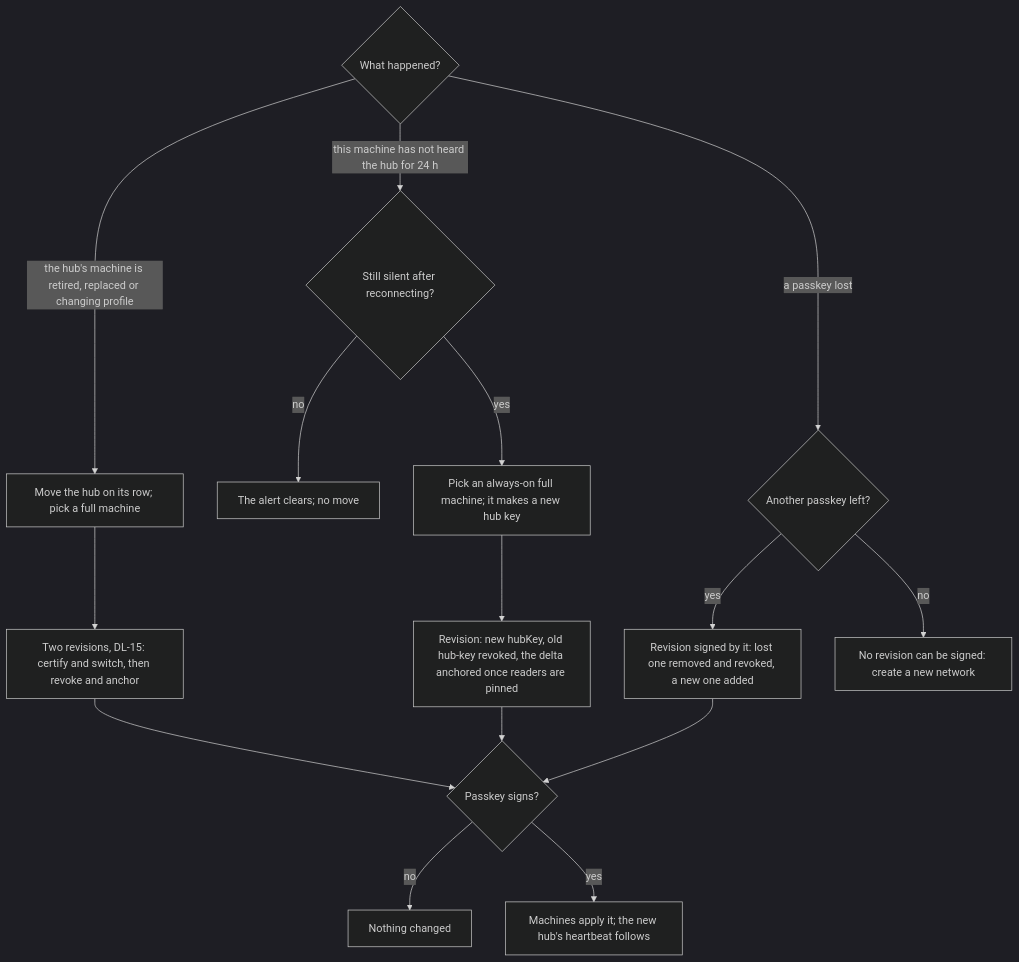
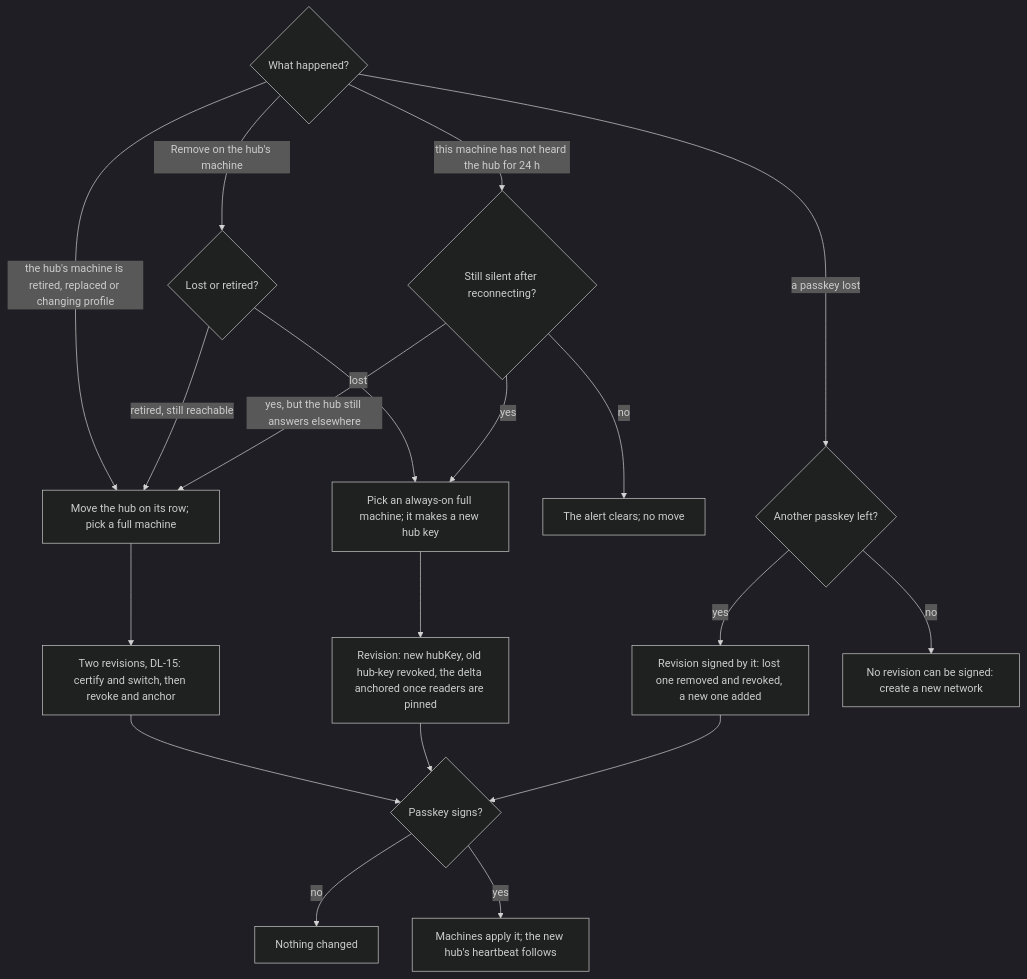
One commit to passioncode-ai/fabric-agent-contract changed diagram 27 of 28 in docs/ux/flows.md. Above: the diagram before and after it, drawn with Mermaid (dark theme). The commit also changed other lines of this file and 20 other files, not shown here.

````diff
--- a/docs/ux/flows.md
+++ b/docs/ux/flows.md
@@ -662,17 +662,21 @@
 ```mermaid
 flowchart TD
   A{What happened?} -->|the hub's machine is retired, replaced or changing profile| L[Move the hub on its row; pick a full machine]
+  A -->|Remove on the hub's machine| K{Lost or retired?}
+  K -->|retired, still reachable| L
+  K -->|lost| M
   L --> T[Two revisions, DL-15: certify and switch, then revoke and anchor]
   T --> S
   A -->|this machine has not heard the hub for 24 h| C{Still silent after reconnecting?}
   C -->|no| Z[The alert clears; no move]
+  C -->|yes, but the hub still answers elsewhere| L
   C -->|yes| M[Pick an always-on full machine; it makes a new hub key]
   M --> R[Revision: new hubKey, old hub-key revoked, the delta anchored once readers are pinned]
   A -->|a passkey lost| P{Another passkey left?}
   P -->|yes| Q[Revision signed by it: lost one removed and revoked, a new one added]
   P -->|no| N[No revision can be signed: create a new network]
   R --> S{Passkey signs?}
   Q --> S
   S -->|no| X[Nothing changed]
   S -->|yes| D[Machines apply it; the new hub's heartbeat follows]
 ```
````
